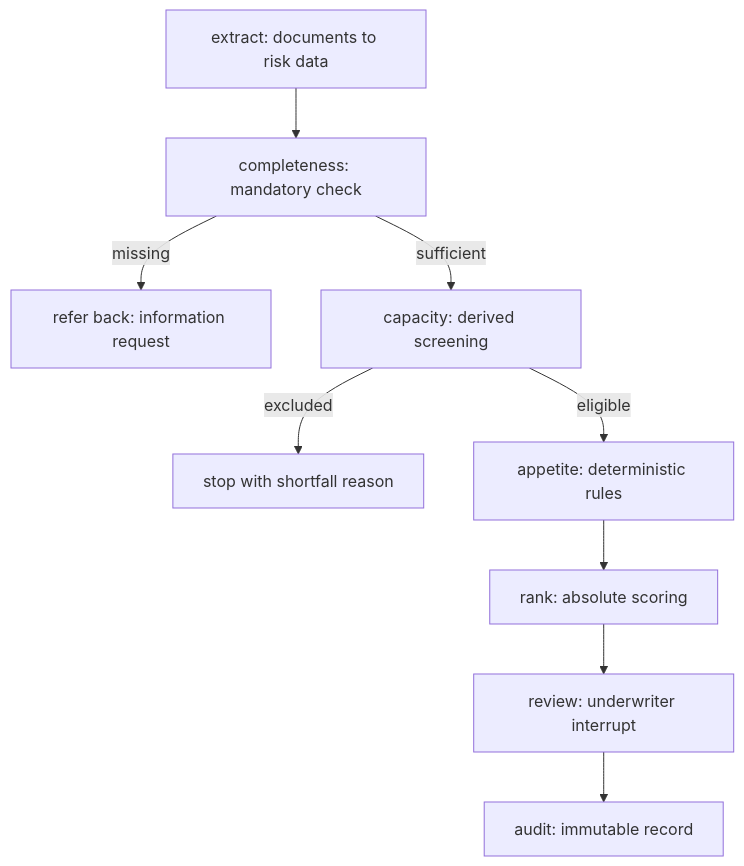
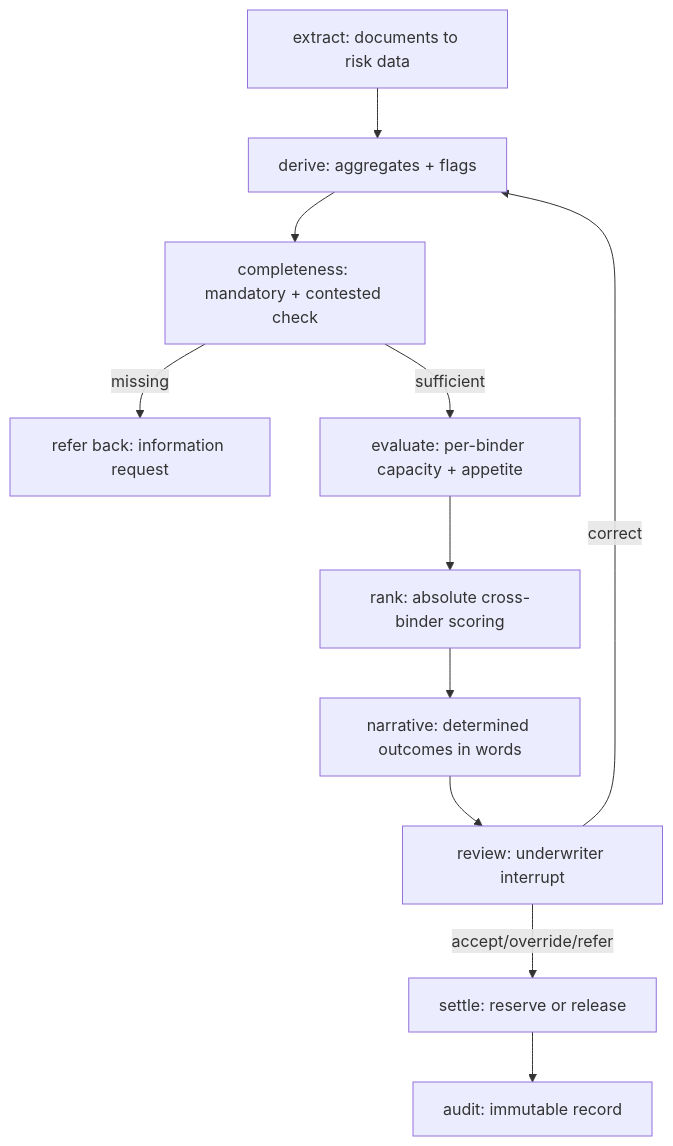
The diagram in README.md (dheerajkumar1a1a/binderselection-backend), drawn with Mermaid before and after one commit. The commit also changed other lines of this file and 10 other files, not shown here.

````diff
--- a/README.md
+++ b/README.md
@@ -23,11 +23,13 @@
 ```mermaid
 flowchart TD
-    A[extract: documents to risk data] --> B[completeness: mandatory check]
+    A[extract: documents to risk data] --> DV[derive: aggregates + flags]
+    DV --> B[completeness: mandatory + contested check]
     B -->|missing| RFI[refer back: information request]
-    B -->|sufficient| C[capacity: derived screening]
-    C -->|excluded| X[stop with shortfall reason]
-    C -->|eligible| D[appetite: deterministic rules]
-    D --> E[rank: absolute scoring]
-    E --> F[review: underwriter interrupt]
-    F --> G[audit: immutable record]
+    B -->|sufficient| C[evaluate: per-binder capacity + appetite]
+    C --> E[rank: absolute cross-binder scoring]
+    E --> N[narrative: determined outcomes in words]
+    N --> F[review: underwriter interrupt]
+    F -->|correct| DV
+    F -->|accept/override/refer| G[settle: reserve or release]
+    G --> H[audit: immutable record]
 ```
````
